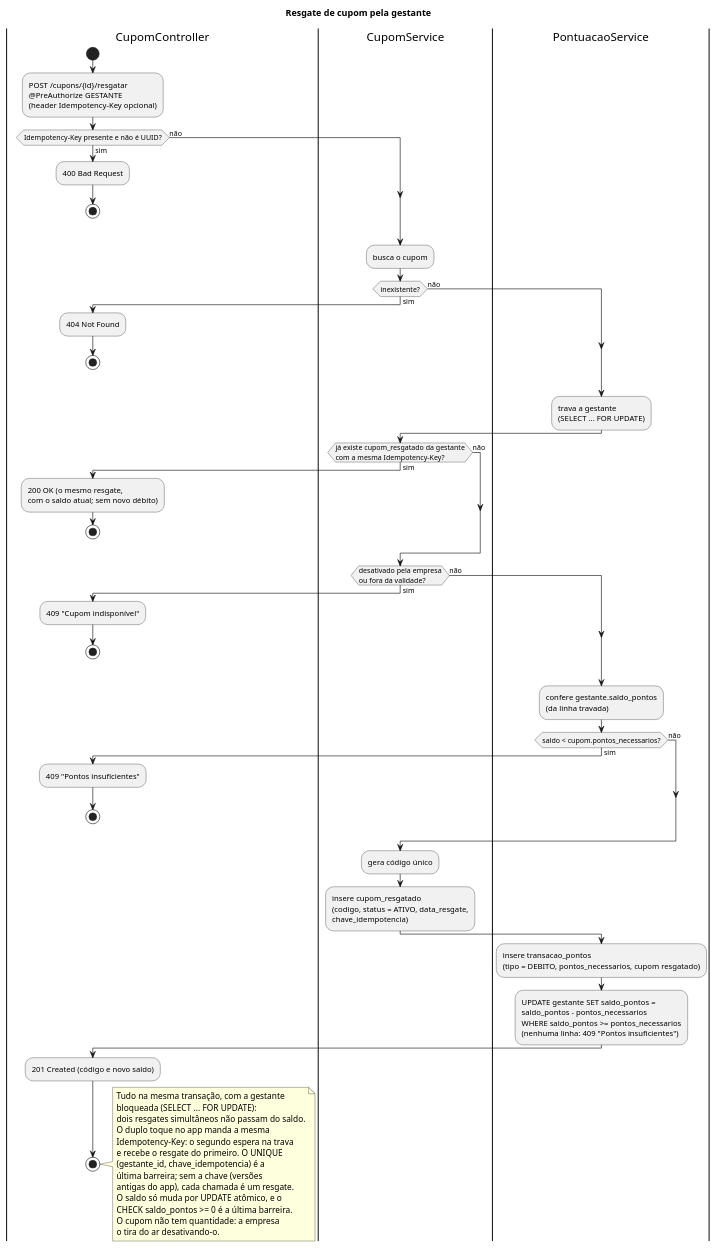
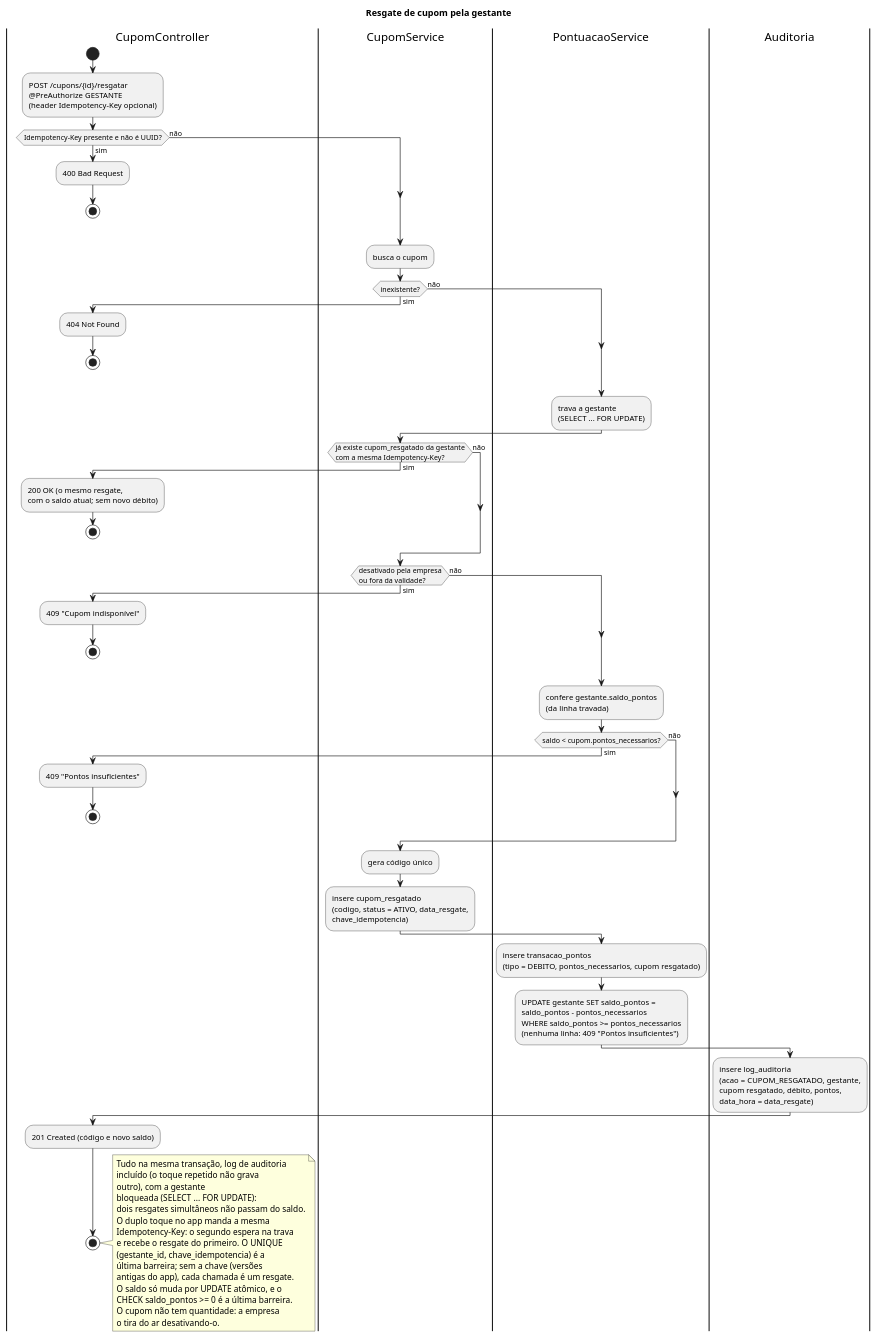
One commit to CozyShelf/previna-backend changed the diagram in docs/implementation-diagrams/resgate-cupom/resgate-cupom.puml. Above: the diagram before and after it, drawn with PlantUML. The commit also changed 17 other files, not shown here.

Commit message:
docs: log de auditoria no README, nos diagramas de sequência e no modelo lógico

```diff
--- a/docs/implementation-diagrams/resgate-cupom/resgate-cupom.puml
+++ b/docs/implementation-diagrams/resgate-cupom/resgate-cupom.puml
@@ -1,90 +1,98 @@
 @startuml resgate-cupom
 title Resgate de cupom pela gestante
 
 |CupomController|
 start
 :POST /cupons/{id}/resgatar
 @PreAuthorize GESTANTE
 (header Idempotency-Key opcional);
 if (Idempotency-Key presente e não é UUID?) then (sim)
   :400 Bad Request;
   stop
 else (não)
 endif
 
 |CupomService|
 :busca o cupom;
 if (inexistente?) then (sim)
   |CupomController|
   :404 Not Found;
   stop
 else (não)
 endif
 
 |PontuacaoService|
 :trava a gestante
 (SELECT ... FOR UPDATE);
 
 |CupomService|
 if (já existe cupom_resgatado da gestante
 com a mesma Idempotency-Key?) then (sim)
   |CupomController|
   :200 OK (o mesmo resgate,
   com o saldo atual; sem novo débito);
   stop
 else (não)
 endif
 |CupomService|
 if (desativado pela empresa
 ou fora da validade?) then (sim)
   |CupomController|
   :409 "Cupom indisponível";
   stop
 else (não)
 endif
 
 |PontuacaoService|
 :confere gestante.saldo_pontos
 (da linha travada);
 if (saldo < cupom.pontos_necessarios?) then (sim)
   |CupomController|
   :409 "Pontos insuficientes";
   stop
 else (não)
 endif
 
 |CupomService|
 :gera código único;
 :insere cupom_resgatado
 (codigo, status = ATIVO, data_resgate,
 chave_idempotencia);
 
 |PontuacaoService|
 :insere transacao_pontos
 (tipo = DEBITO, pontos_necessarios, cupom resgatado);
 :UPDATE gestante SET saldo_pontos =
 saldo_pontos - pontos_necessarios
 WHERE saldo_pontos >= pontos_necessarios
 (nenhuma linha: 409 "Pontos insuficientes");
 
+|Auditoria|
+:insere log_auditoria
+(acao = CUPOM_RESGATADO, gestante,
+cupom resgatado, débito, pontos,
+data_hora = data_resgate);
+
 |CupomController|
 :201 Created (código e novo saldo);
 stop
 
 note right
-  Tudo na mesma transação, com a gestante
+  Tudo na mesma transação, log de auditoria
+  incluído (o toque repetido não grava
+  outro), com a gestante
   bloqueada (SELECT ... FOR UPDATE):
   dois resgates simultâneos não passam do saldo.
   O duplo toque no app manda a mesma
   Idempotency-Key: o segundo espera na trava
   e recebe o resgate do primeiro. O UNIQUE
   (gestante_id, chave_idempotencia) é a
   última barreira; sem a chave (versões
   antigas do app), cada chamada é um resgate.
   O saldo só muda por UPDATE atômico, e o
   CHECK saldo_pontos >= 0 é a última barreira.
   O cupom não tem quantidade: a empresa
   o tira do ar desativando-o.
 end note
 
 @enduml
```
